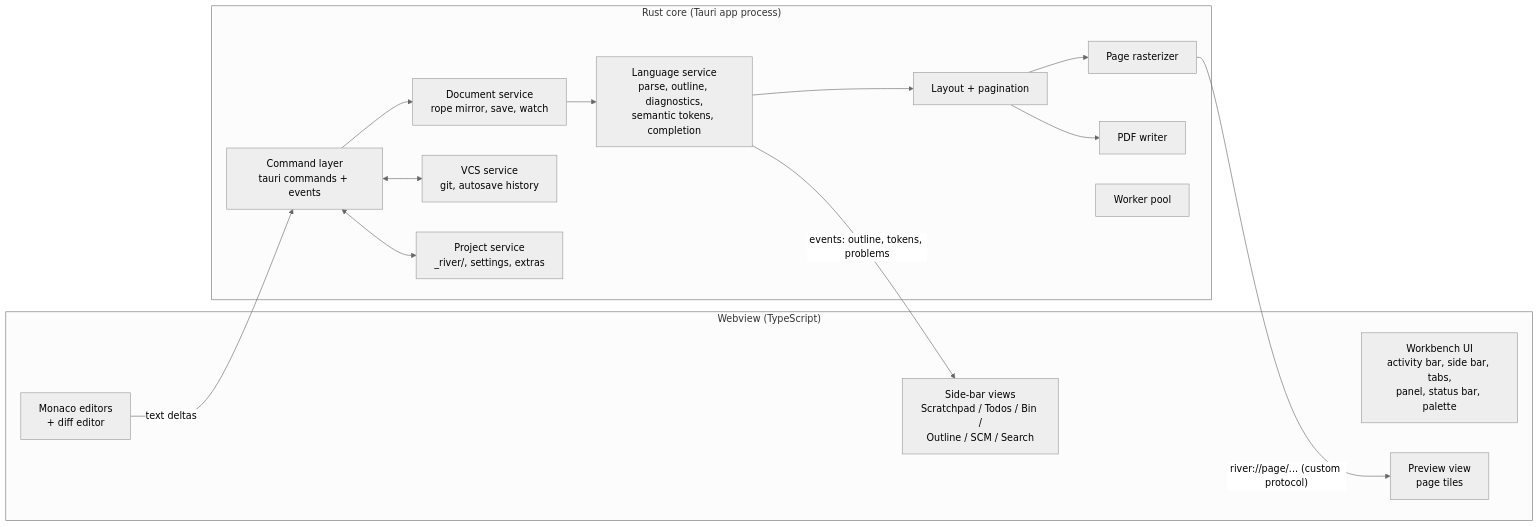
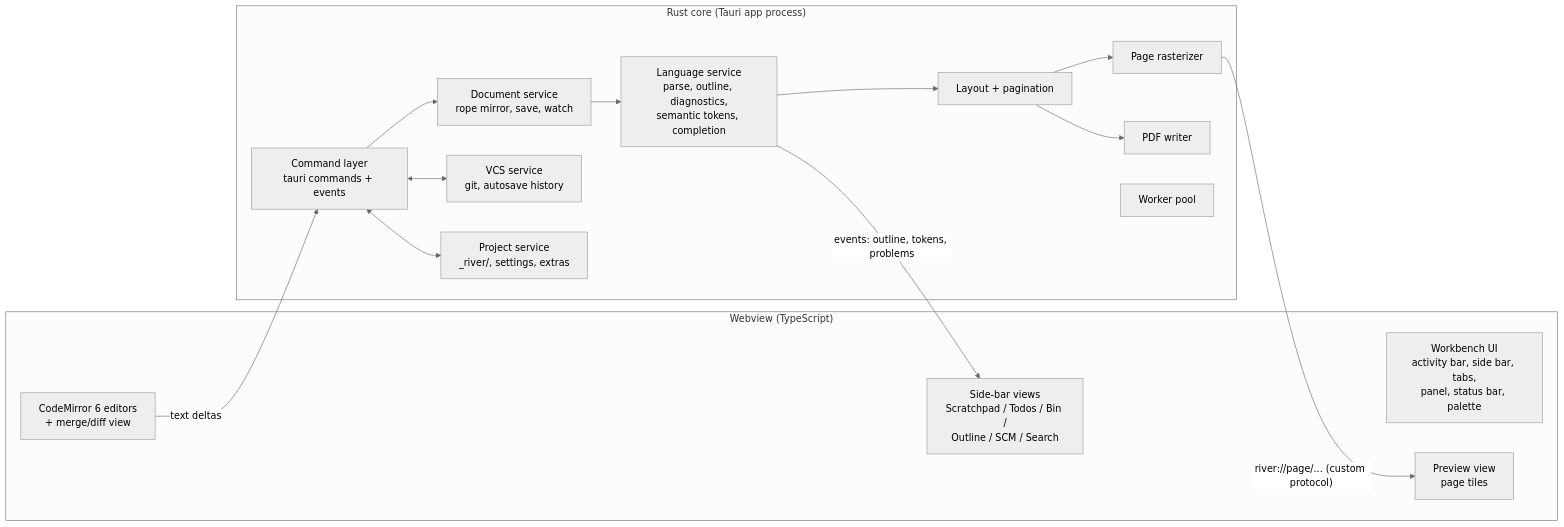
The first of 2 diagrams in docs/05-architecture.md (arjunacharya10/river-writer), drawn with Mermaid (neutral theme) before and after one commit. The commit also changed other lines of this file and 2 other files, not shown here.

First line of the commit message:
Switch editor component to CodeMirror 6; script look for screenplays

````diff
--- a/docs/05-architecture.md
+++ b/docs/05-architecture.md
@@ -37,27 +37,27 @@
 ```mermaid
 flowchart LR
   subgraph Webview["Webview (TypeScript)"]
     WB[Workbench UI<br/>activity bar, side bar, tabs,<br/>panel, status bar, palette]
-    MON[Monaco editors<br/>+ diff editor]
+    MON[CodeMirror 6 editors<br/>+ merge/diff view]
     PV[Preview view<br/>page tiles]
     SB[Side-bar views<br/>Scratchpad / Todos / Bin /<br/>Outline / SCM / Search]
   end
   subgraph Core["Rust core (Tauri app process)"]
     CMD[Command layer<br/>tauri commands + events]
     DOC[Document service<br/>rope mirror, save, watch]
     LANG[Language service<br/>parse, outline, diagnostics,<br/>semantic tokens, completion]
     LAY[Layout + pagination]
     RND[Page rasterizer]
     PDF[PDF writer]
     VCS[VCS service<br/>git, autosave history]
     PRJ[Project service<br/>_river/, settings, extras]
     WK[Worker pool]
   end
   MON -- text deltas --> CMD
   CMD --> DOC --> LANG --> LAY --> RND
   LAY --> PDF
   CMD <--> VCS
   CMD <--> PRJ
   RND -- "river://page/... (custom protocol)" --> PV
   LANG -- events: outline, tokens, problems --> SB
 ```
````
